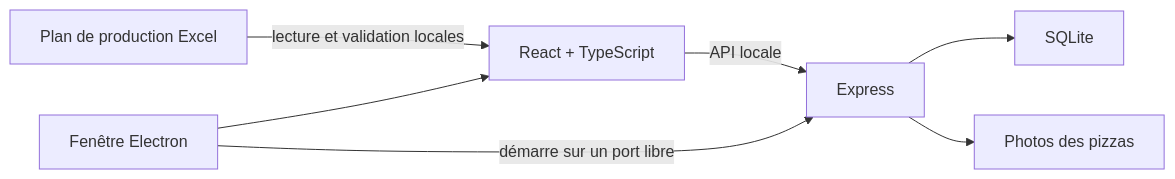
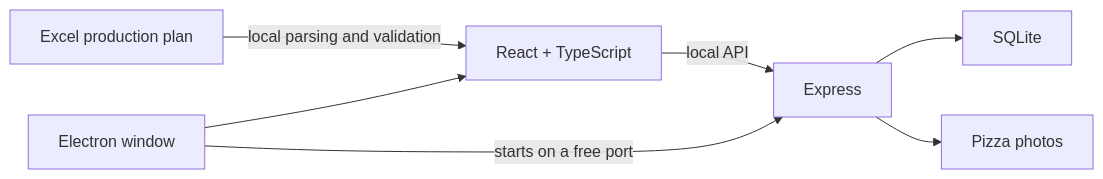
Before and after one commit to JulienEsbt/bruno-pizza-production: the diagram in README.md, drawn with Mermaid. The commit also changed other lines of this file and 1 other file, not shown here.

````diff
--- a/README.md
+++ b/README.md
@@ -74,9 +80,9 @@
 ```mermaid
 flowchart LR
-    Excel["Plan de production Excel"] -->|"lecture et validation locales"| UI["React + TypeScript"]
-    UI -->|"API locale"| API["Express"]
+    Excel["Excel production plan"] -->|"local parsing and validation"| UI["React + TypeScript"]
+    UI -->|"local API"| API["Express"]
     API --> DB["SQLite"]
-    API --> Images["Photos des pizzas"]
-    Electron["Fenêtre Electron"] --> UI
-    Electron -->|"démarre sur un port libre"| API
+    API --> Images["Pizza photos"]
+    Electron["Electron window"] --> UI
+    Electron -->|"starts on a free port"| API
 ```
````
